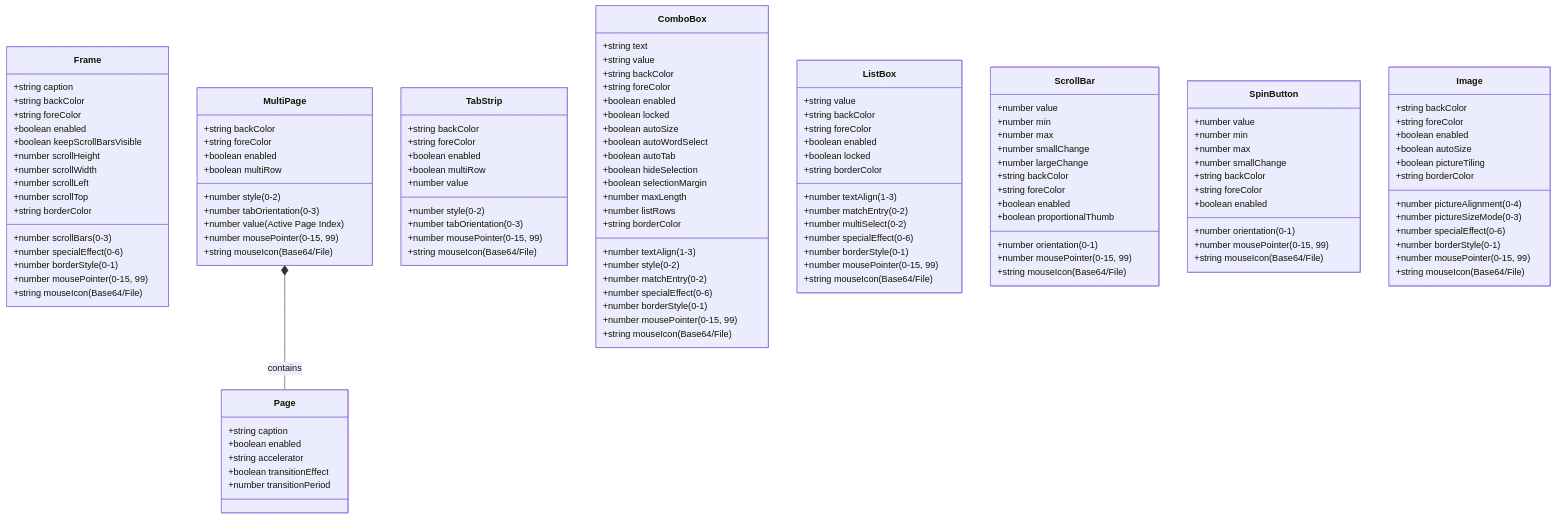
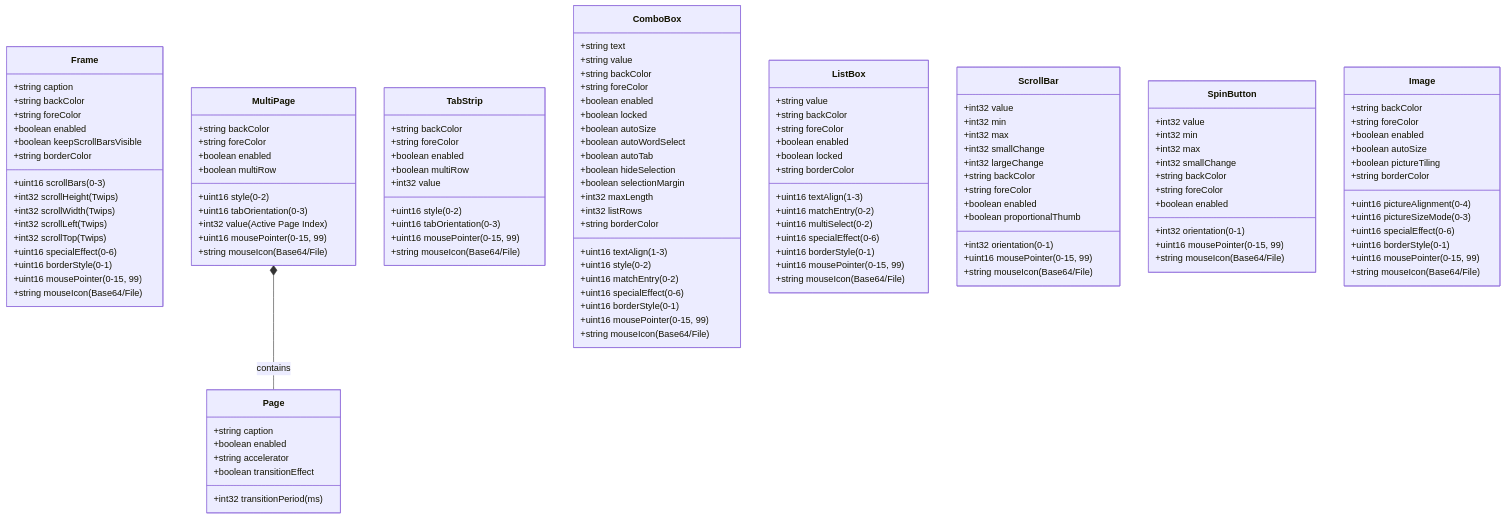
The second of 2 diagrams in docs/supported-controls.md (viktormax3/vba-macro-project), drawn with Mermaid before and after one commit. The commit also changed other lines of this file, not shown here.

Commit message:
docs: refine numeric types to exact bit bounds (int32, uint16, float)

```diff
--- a/docs/supported-controls.md
+++ b/docs/supported-controls.md
@@ -155,16 +155,16 @@
         +string backColor
         +string foreColor
         +boolean enabled
-        +number scrollBars (0-3)
+        +uint16 scrollBars (0-3)
         +boolean keepScrollBarsVisible
-        +number scrollHeight
-        +number scrollWidth
-        +number scrollLeft
-        +number scrollTop
-        +number specialEffect (0-6)
-        +number borderStyle (0-1)
+        +int32 scrollHeight (Twips)
+        +int32 scrollWidth (Twips)
+        +int32 scrollLeft (Twips)
+        +int32 scrollTop (Twips)
+        +uint16 specialEffect (0-6)
+        +uint16 borderStyle (0-1)
         +string borderColor
-        +number mousePointer (0-15, 99)
+        +uint16 mousePointer (0-15, 99)
         +string mouseIcon (Base64/File)
     }
 
@@ -172,11 +172,11 @@
         +string backColor
         +string foreColor
         +boolean enabled
-        +number style (0-2)
-        +number tabOrientation (0-3)
+        +uint16 style (0-2)
+        +uint16 tabOrientation (0-3)
         +boolean multiRow
-        +number value (Active Page Index)
-        +number mousePointer (0-15, 99)
+        +int32 value (Active Page Index)
+        +uint16 mousePointer (0-15, 99)
         +string mouseIcon (Base64/File)
     }
     
@@ -185,18 +185,18 @@
         +boolean enabled
         +string accelerator
         +boolean transitionEffect
-        +number transitionPeriod
+        +int32 transitionPeriod (ms)
     }
     
     class TabStrip {
         +string backColor
         +string foreColor
         +boolean enabled
-        +number style (0-2)
-        +number tabOrientation (0-3)
+        +uint16 style (0-2)
+        +uint16 tabOrientation (0-3)
         +boolean multiRow
-        +number value
-        +number mousePointer (0-15, 99)
+        +int32 value
+        +uint16 mousePointer (0-15, 99)
         +string mouseIcon (Base64/File)
     }
 
@@ -212,15 +212,15 @@
         +boolean autoTab
         +boolean hideSelection
         +boolean selectionMargin
-        +number maxLength
-        +number textAlign (1-3)
-        +number style (0-2)
-        +number matchEntry (0-2)
-        +number listRows
-        +number specialEffect (0-6)
-        +number borderStyle (0-1)
+        +int32 maxLength
+        +uint16 textAlign (1-3)
+        +uint16 style (0-2)
+        +uint16 matchEntry (0-2)
+        +int32 listRows
+        +uint16 specialEffect (0-6)
+        +uint16 borderStyle (0-1)
         +string borderColor
-        +number mousePointer (0-15, 99)
+        +uint16 mousePointer (0-15, 99)
         +string mouseIcon (Base64/File)
     }
 
@@ -230,41 +230,41 @@
         +string foreColor
         +boolean enabled
         +boolean locked
-        +number textAlign (1-3)
-        +number matchEntry (0-2)
-        +number multiSelect (0-2)
-        +number specialEffect (0-6)
-        +number borderStyle (0-1)
+        +uint16 textAlign (1-3)
+        +uint16 matchEntry (0-2)
+        +uint16 multiSelect (0-2)
+        +uint16 specialEffect (0-6)
+        +uint16 borderStyle (0-1)
         +string borderColor
-        +number mousePointer (0-15, 99)
+        +uint16 mousePointer (0-15, 99)
         +string mouseIcon (Base64/File)
     }
 
     class ScrollBar {
-        +number value
-        +number min
-        +number max
-        +number smallChange
-        +number largeChange
+        +int32 value
+        +int32 min
+        +int32 max
+        +int32 smallChange
+        +int32 largeChange
         +string backColor
         +string foreColor
         +boolean enabled
         +boolean proportionalThumb
-        +number orientation (0-1)
-        +number mousePointer (0-15, 99)
+        +int32 orientation (0-1)
+        +uint16 mousePointer (0-15, 99)
         +string mouseIcon (Base64/File)
     }
 
     class SpinButton {
-        +number value
-        +number min
-        +number max
-        +number smallChange
+        +int32 value
+        +int32 min
+        +int32 max
+        +int32 smallChange
         +string backColor
         +string foreColor
         +boolean enabled
-        +number orientation (0-1)
-        +number mousePointer (0-15, 99)
+        +int32 orientation (0-1)
+        +uint16 mousePointer (0-15, 99)
         +string mouseIcon (Base64/File)
     }
 
@@ -273,13 +273,13 @@
         +string foreColor
         +boolean enabled
         +boolean autoSize
-        +number pictureAlignment (0-4)
-        +number pictureSizeMode (0-3)
+        +uint16 pictureAlignment (0-4)
+        +uint16 pictureSizeMode (0-3)
         +boolean pictureTiling
-        +number specialEffect (0-6)
-        +number borderStyle (0-1)
+        +uint16 specialEffect (0-6)
+        +uint16 borderStyle (0-1)
         +string borderColor
-        +number mousePointer (0-15, 99)
+        +uint16 mousePointer (0-15, 99)
         +string mouseIcon (Base64/File)
     }
 
```
